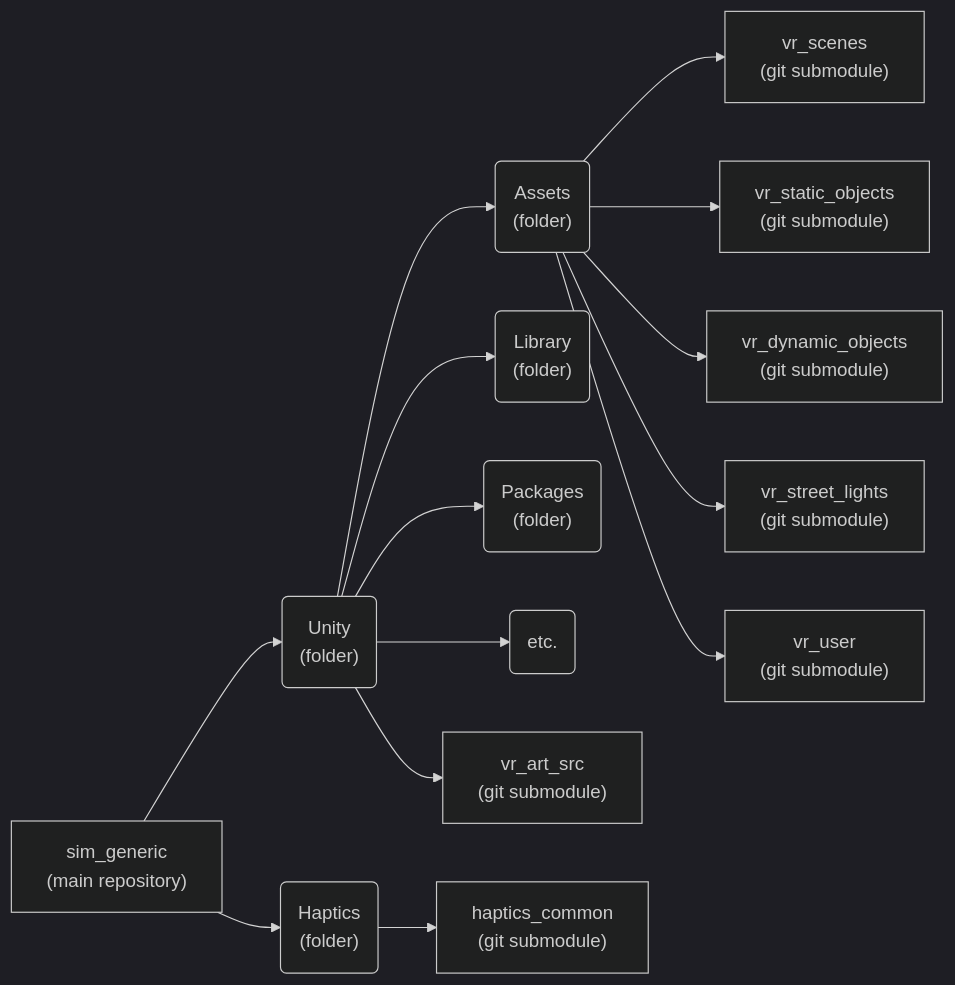
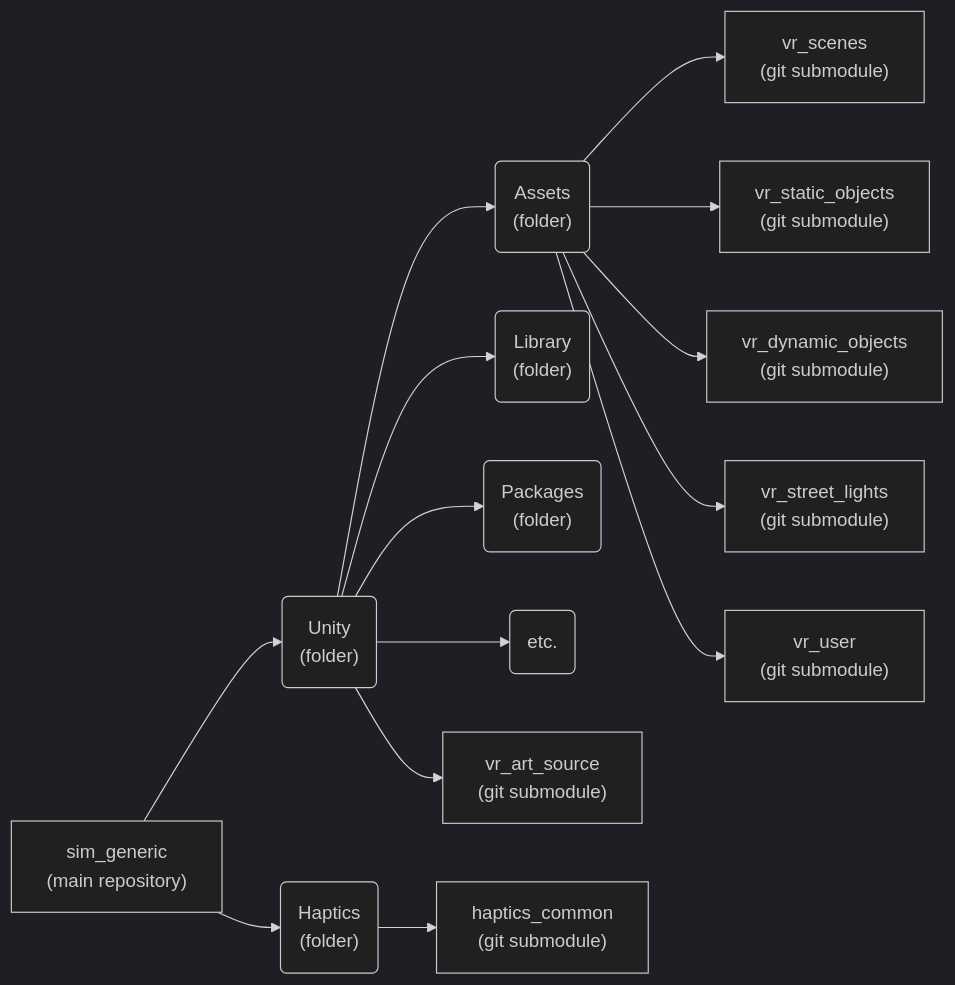
The third of 3 diagrams in Overview.md (WheelSims/wheelsims_doc), drawn with Mermaid (dark theme) before and after one commit. The commit also changed other lines of this file, not shown here.

Commit message:
Changed vr_art_src name

````diff
--- a/Overview.md
+++ b/Overview.md
@@ -55,43 +55,43 @@
 ```mermaid
 flowchart LR
 
 sim_generic["sim_generic<br/>(main repository)"]
 
 unity("Unity<br/>(folder)")
 assets("Assets<br/>(folder)")
 unity2("Library<br/>(folder)")
 unity3("Packages<br/>(folder)")
 unity4("etc.")
 
 vr_scenes["vr_scenes<br/>(git submodule)"]
 vr_static_objects["vr_static_objects<br/>(git submodule)"]
 vr_dynamic_objects["vr_dynamic_objects<br/>(git submodule)"]
 vr_street_lights["vr_street_lights<br/>(git submodule)"]
 vr_user["vr_user<br/>(git submodule)"]
-vr_art_src["vr_art_src<br/>(git submodule)"]
+vr_art_source["vr_art_source<br/>(git submodule)"]
 
 haptics("Haptics<br/>(folder)")
 
 haptics_common["haptics_common<br/>(git submodule)"]
 
 
 sim_generic --> unity
 unity --> assets
-unity --> vr_art_src
+unity --> vr_art_source
 unity --> unity2
 unity --> unity3
 unity --> unity4
 
 assets --> vr_scenes
 assets --> vr_static_objects
 assets --> vr_dynamic_objects
 assets --> vr_street_lights
 assets --> vr_user
 
 
 sim_generic --> haptics
 
 haptics --> haptics_common
 
 
 ```
````
